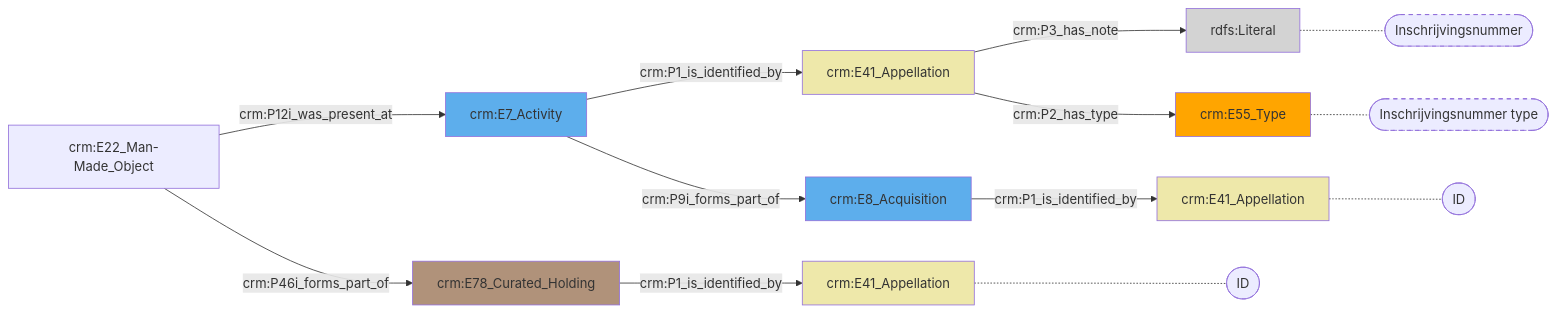
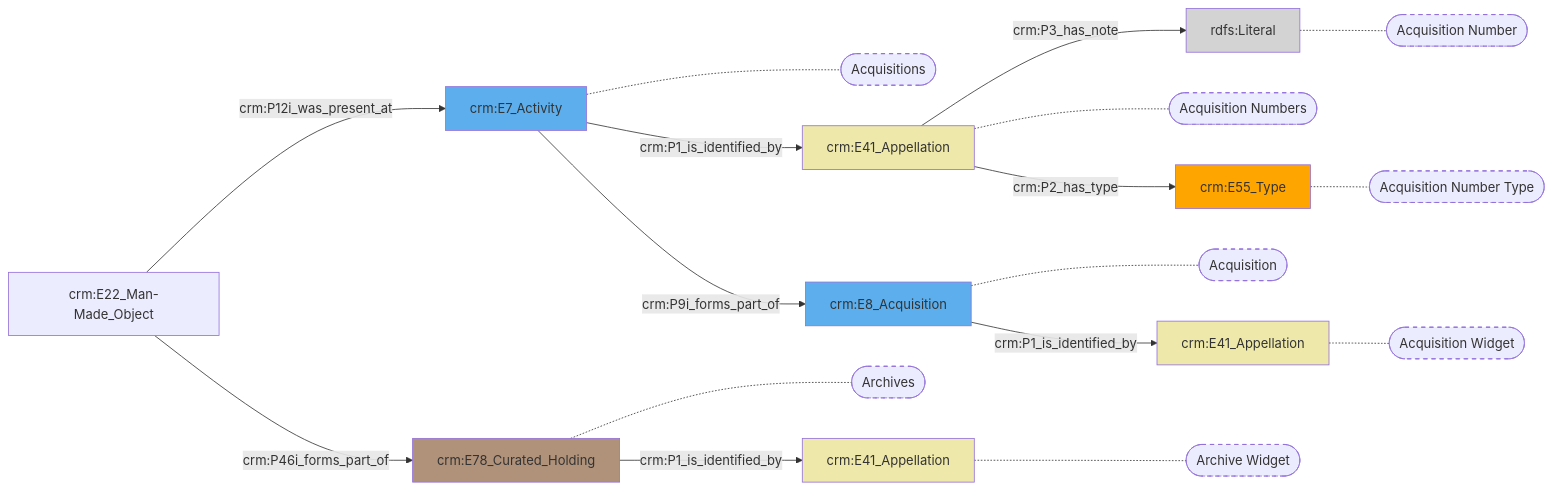
The diagram in docs/content/modellen/ArchiefItemMaterieel/Context.md (digipolisantwerpdocumentation/antwerp-cultureel-erfgoed), drawn with Mermaid before and after one commit. The commit also changed 167 other files, not shown here.

````diff
--- a/docs/content/modellen/ArchiefItemMaterieel/Context.md
+++ b/docs/content/modellen/ArchiefItemMaterieel/Context.md
@@ -1,27 +1,35 @@
 ```mermaid
 graph LR
 3dd7317e-b4e3-11ec-9349-9cf387da2c40["crm:E41_Appellation"]-->|"crm:P3_has_note"|52db2ac6-b4e3-11ec-9349-9cf387da2c40(rdfs:Literal)
-1dcf1ebe-b4e3-11ec-9349-9cf387da2c40["crm:E41_Appellation"]-.-1dcf1ebe-b4e3-11ec-9349-9cf387da2c40_s(["ID"])
-6da8f02c-b4e3-11ec-9349-9cf387da2c40["crm:E55_Type"]-.-6da8f02c-b4e3-11ec-9349-9cf387da2c40_s(["Inschrijvingsnummer type"])
-52db2ac6-b4e3-11ec-9349-9cf387da2c40["rdfs:Literal"]-.-52db2ac6-b4e3-11ec-9349-9cf387da2c40_s(["Inschrijvingsnummer"])
-d1dd8b50-a5fe-11ec-b19f-9cf387da2c40["crm:E41_Appellation"]-.-d1dd8b50-a5fe-11ec-b19f-9cf387da2c40_s(["ID"])
-style 1dcf1ebe-b4e3-11ec-9349-9cf387da2c40_s stroke-dasharray: 5
-style 6da8f02c-b4e3-11ec-9349-9cf387da2c40_s stroke-dasharray: 5
-style 52db2ac6-b4e3-11ec-9349-9cf387da2c40_s stroke-dasharray: 5
-style d1dd8b50-a5fe-11ec-b19f-9cf387da2c40_s stroke-dasharray: 5
+1dcf1ebe-b4e3-11ec-9349-9cf387da2c40["crm:E41_Appellation"]-.-1dcf1ebe-b4e3-11ec-9349-9cf387da2c40_s(["Acquisition Widget"])
+6da8f02c-b4e3-11ec-9349-9cf387da2c40["crm:E55_Type"]-.-6da8f02c-b4e3-11ec-9349-9cf387da2c40_s(["Acquisition Number Type"])
+52db2ac6-b4e3-11ec-9349-9cf387da2c40["rdfs:Literal"]-.-52db2ac6-b4e3-11ec-9349-9cf387da2c40_s(["Acquisition Number"])
+3dd7317e-b4e3-11ec-9349-9cf387da2c40["crm:E41_Appellation"]-.-3dd7317e-b4e3-11ec-9349-9cf387da2c40_s(["Acquisition Numbers"])
+076d1fc2-b4e3-11ec-9349-9cf387da2c40["crm:E8_Acquisition"]-.-076d1fc2-b4e3-11ec-9349-9cf387da2c40_s(["Acquisition"])
+d1dd8b50-a5fe-11ec-b19f-9cf387da2c40["crm:E41_Appellation"]-.-d1dd8b50-a5fe-11ec-b19f-9cf387da2c40_s(["Archive Widget"])
+cb619fd0-b4e2-11ec-9349-9cf387da2c40["crm:E7_Activity"]-.-cb619fd0-b4e2-11ec-9349-9cf387da2c40_s(["Acquisitions"])
+d1dc46aa-a5fe-11ec-b19f-9cf387da2c40["crm:E78_Curated_Holding"]-.-d1dc46aa-a5fe-11ec-b19f-9cf387da2c40_s(["Archives"])
 076d1fc2-b4e3-11ec-9349-9cf387da2c40["crm:E8_Acquisition"]-->|"crm:P1_is_identified_by"|1dcf1ebe-b4e3-11ec-9349-9cf387da2c40["crm:E41_Appellation"]
 3dd7317e-b4e3-11ec-9349-9cf387da2c40["crm:E41_Appellation"]-->|"crm:P2_has_type"|6da8f02c-b4e3-11ec-9349-9cf387da2c40["crm:E55_Type"]
 cb619fd0-b4e2-11ec-9349-9cf387da2c40["crm:E7_Activity"]-->|"crm:P1_is_identified_by"|3dd7317e-b4e3-11ec-9349-9cf387da2c40["crm:E41_Appellation"]
 cb619fd0-b4e2-11ec-9349-9cf387da2c40["crm:E7_Activity"]-->|"crm:P9i_forms_part_of"|076d1fc2-b4e3-11ec-9349-9cf387da2c40["crm:E8_Acquisition"]
 d1dc46aa-a5fe-11ec-b19f-9cf387da2c40["crm:E78_Curated_Holding"]-->|"crm:P1_is_identified_by"|d1dd8b50-a5fe-11ec-b19f-9cf387da2c40["crm:E41_Appellation"]
 d1dd96e0-a5fe-11ec-b19f-9cf387da2c40["crm:E22_Man-Made_Object"]-->|"crm:P12i_was_present_at"|cb619fd0-b4e2-11ec-9349-9cf387da2c40["crm:E7_Activity"]
 d1dd96e0-a5fe-11ec-b19f-9cf387da2c40["crm:E22_Man-Made_Object"]-->|"crm:P46i_forms_part_of"|d1dc46aa-a5fe-11ec-b19f-9cf387da2c40["crm:E78_Curated_Holding"]
 style 076d1fc2-b4e3-11ec-9349-9cf387da2c40 fill:#5DAEEC
 style 1dcf1ebe-b4e3-11ec-9349-9cf387da2c40 fill:#EEE8AA
 style 3dd7317e-b4e3-11ec-9349-9cf387da2c40 fill:#EEE8AA
 style 52db2ac6-b4e3-11ec-9349-9cf387da2c40 fill:#D3D3D3
 style 6da8f02c-b4e3-11ec-9349-9cf387da2c40 fill:#ffa500
 style cb619fd0-b4e2-11ec-9349-9cf387da2c40 fill:#5DAEEC
 style d1dc46aa-a5fe-11ec-b19f-9cf387da2c40 fill:#B0927A
 style d1dd8b50-a5fe-11ec-b19f-9cf387da2c40 fill:#EEE8AA
+style 1dcf1ebe-b4e3-11ec-9349-9cf387da2c40_s stroke-dasharray: 5
+style 6da8f02c-b4e3-11ec-9349-9cf387da2c40_s stroke-dasharray: 5
+style 52db2ac6-b4e3-11ec-9349-9cf387da2c40_s stroke-dasharray: 5
+style 3dd7317e-b4e3-11ec-9349-9cf387da2c40_s stroke-dasharray: 5
+style 076d1fc2-b4e3-11ec-9349-9cf387da2c40_s stroke-dasharray: 5
+style d1dd8b50-a5fe-11ec-b19f-9cf387da2c40_s stroke-dasharray: 5
+style cb619fd0-b4e2-11ec-9349-9cf387da2c40_s stroke-dasharray: 5
+style d1dc46aa-a5fe-11ec-b19f-9cf387da2c40_s stroke-dasharray: 5
 ```
````
